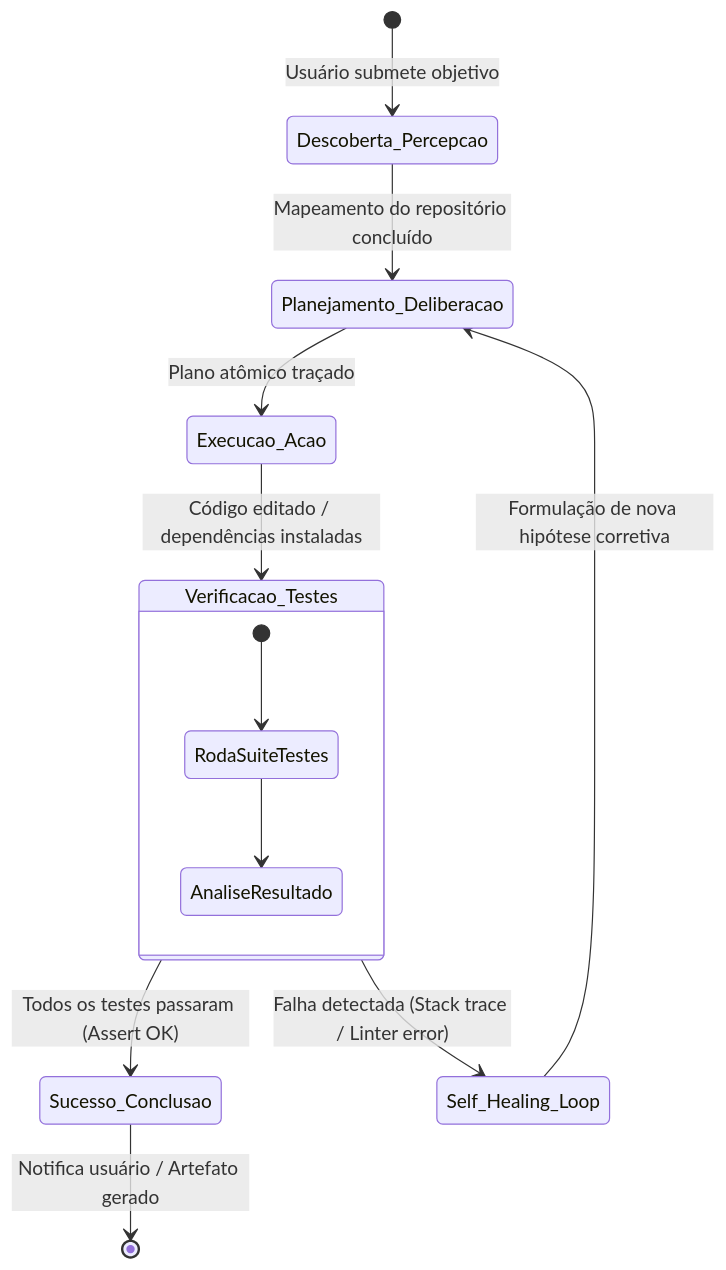
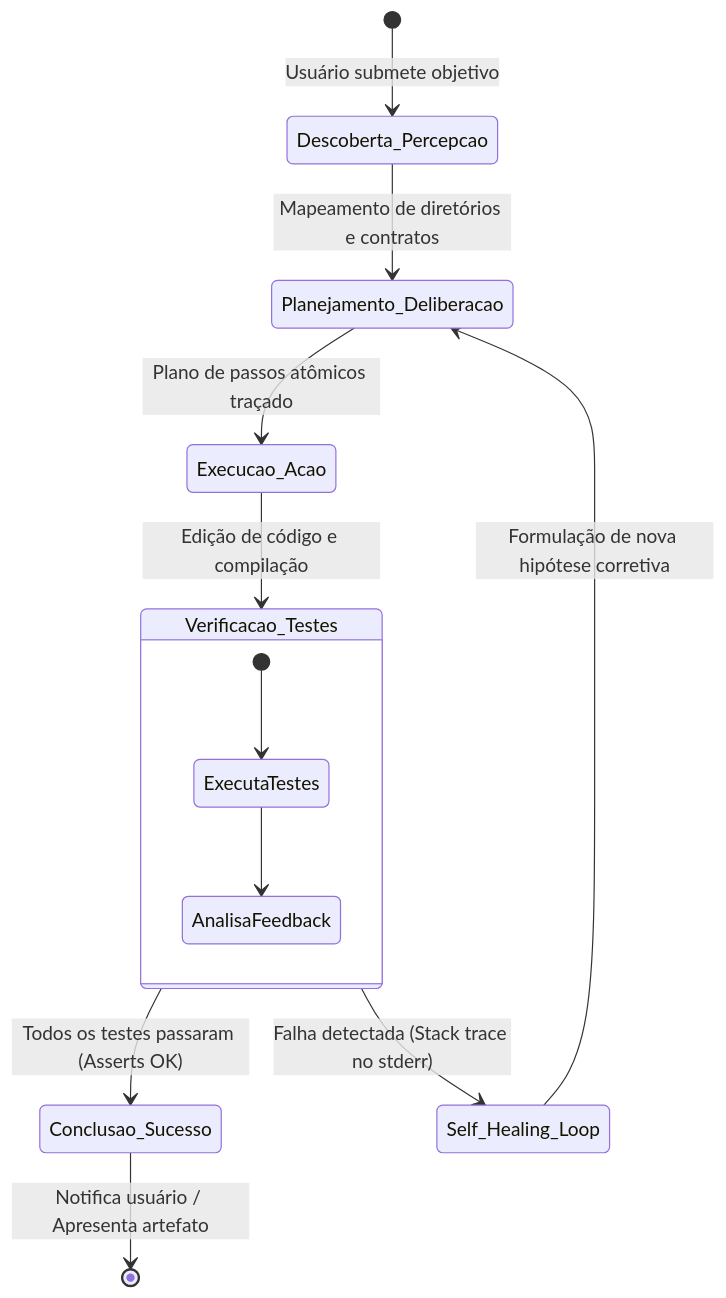
The fourth of 6 diagrams in fontes_de_estudo/conhecimentos_especificos_b02_ti/06_engenharia_software_ia_e_sistemas_agentivos/02_arquitetura_de_sistemas_agentivos_e_ferramentas_cli_ide.md (thiagosantos346/TCE-GO-2027), drawn with Mermaid before and after one commit. The commit also changed other lines of this file and 119 other files, not shown here.

````diff
--- a/fontes_de_estudo/conhecimentos_especificos_b02_ti/06_engenharia_software_ia_e_sistemas_agentivos/02_arquitetura_de_sistemas_agentivos_e_ferramentas_cli_ide.md
+++ b/fontes_de_estudo/conhecimentos_especificos_b02_ti/06_engenharia_software_ia_e_sistemas_agentivos/02_arquitetura_de_sistemas_agentivos_e_ferramentas_cli_ide.md
@@ -122,18 +144,18 @@
 ```mermaid
 stateDiagram-v2
     [*] --> Descoberta_Percepcao : Usuário submete objetivo
-    Descoberta_Percepcao --> Planejamento_Deliberacao : Mapeamento do repositório concluído
-    Planejamento_Deliberacao --> Execucao_Acao : Plano atômico traçado
-    Execucao_Acao --> Verificacao_Testes : Código editado / dependências instaladas
+    Descoberta_Percepcao --> Planejamento_Deliberacao : Mapeamento de diretórios e contratos
+    Planejamento_Deliberacao --> Execucao_Acao : Plano de passos atômicos traçado
+    Execucao_Acao --> Verificacao_Testes : Edição de código e compilação
     
     state Verificacao_Testes {
-        [*] --> RodaSuiteTestes
-        RodaSuiteTestes --> AnaliseResultado
+        [*] --> ExecutaTestes
+        ExecutaTestes --> AnalisaFeedback
     }
 
-    Verificacao_Testes --> Sucesso_Conclusao : Todos os testes passaram (Assert OK)
-    Verificacao_Testes --> Self_Healing_Loop : Falha detectada (Stack trace / Linter error)
+    Verificacao_Testes --> Conclusao_Sucesso : Todos os testes passaram (Asserts OK)
+    Verificacao_Testes --> Self_Healing_Loop : Falha detectada (Stack trace no stderr)
     
     Self_Healing_Loop --> Planejamento_Deliberacao : Formulação de nova hipótese corretiva
-    Sucesso_Conclusao --> [*] : Notifica usuário / Artefato gerado
+    Conclusao_Sucesso --> [*] : Notifica usuário / Apresenta artefato
 ```
````
